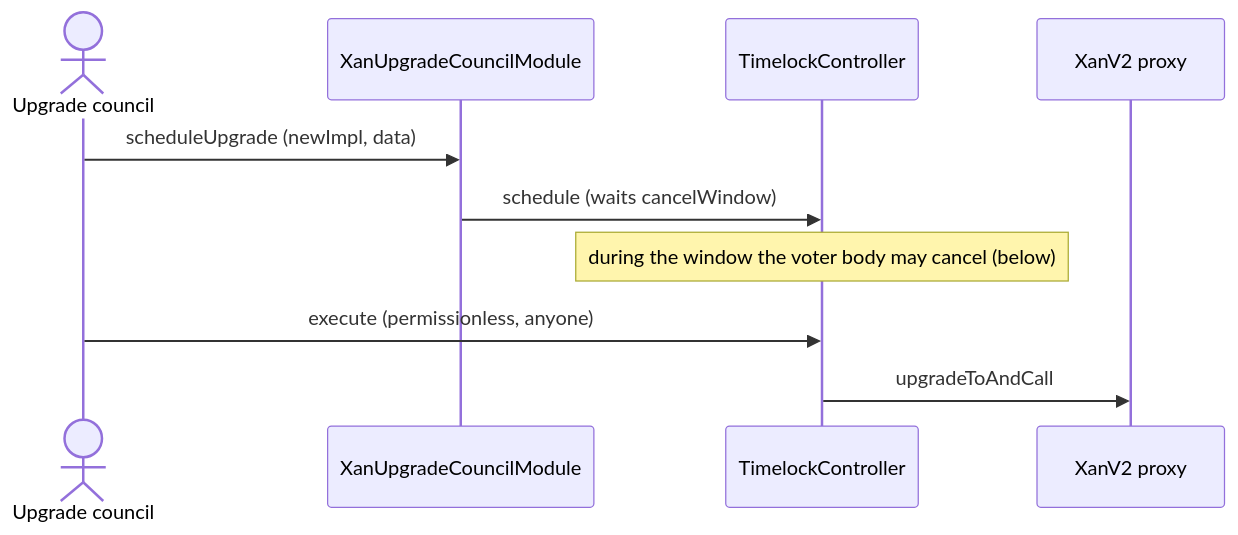
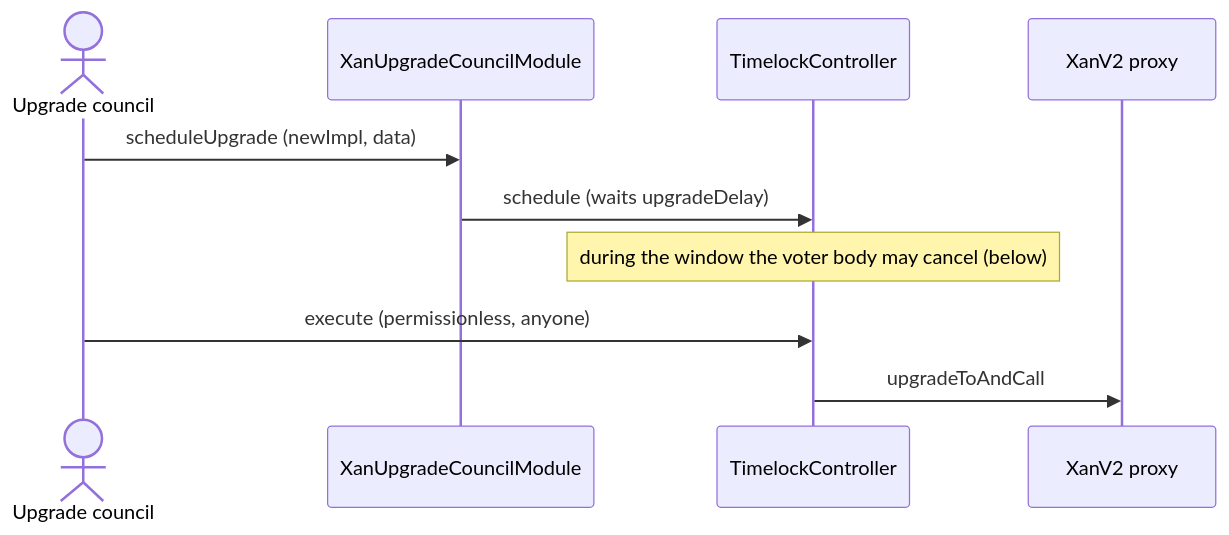
One commit to anoma/token changed the third of 6 diagrams in docs/02-XanV2-governance.md. Above: the diagram before and after it, drawn with Mermaid. The commit also changed other lines of this file and 8 other files, not shown here.

Commit message:
refactor: rename the council upgrade delay parameters

````diff
--- a/docs/02-XanV2-governance.md
+++ b/docs/02-XanV2-governance.md
@@ -94,12 +94,12 @@
 ```mermaid
 sequenceDiagram
     actor C as Upgrade council
     participant M as XanUpgradeCouncilModule
     participant T as TimelockController
     participant K as XanV2 proxy
     C->>M: scheduleUpgrade (newImpl, data)
-    M->>T: schedule (waits cancelWindow)
+    M->>T: schedule (waits upgradeDelay)
     Note over T: during the window the voter body may cancel (below)
     C->>T: execute (permissionless, anyone)
     T->>K: upgradeToAndCall
 ```
````
